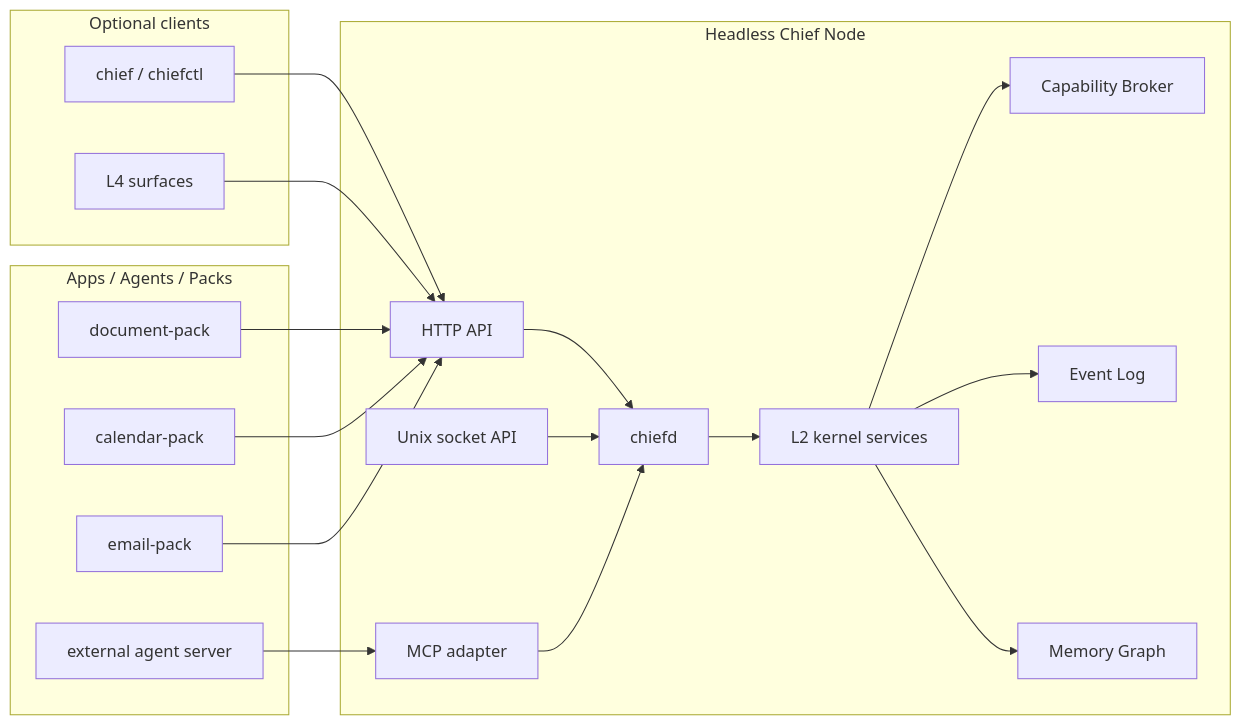
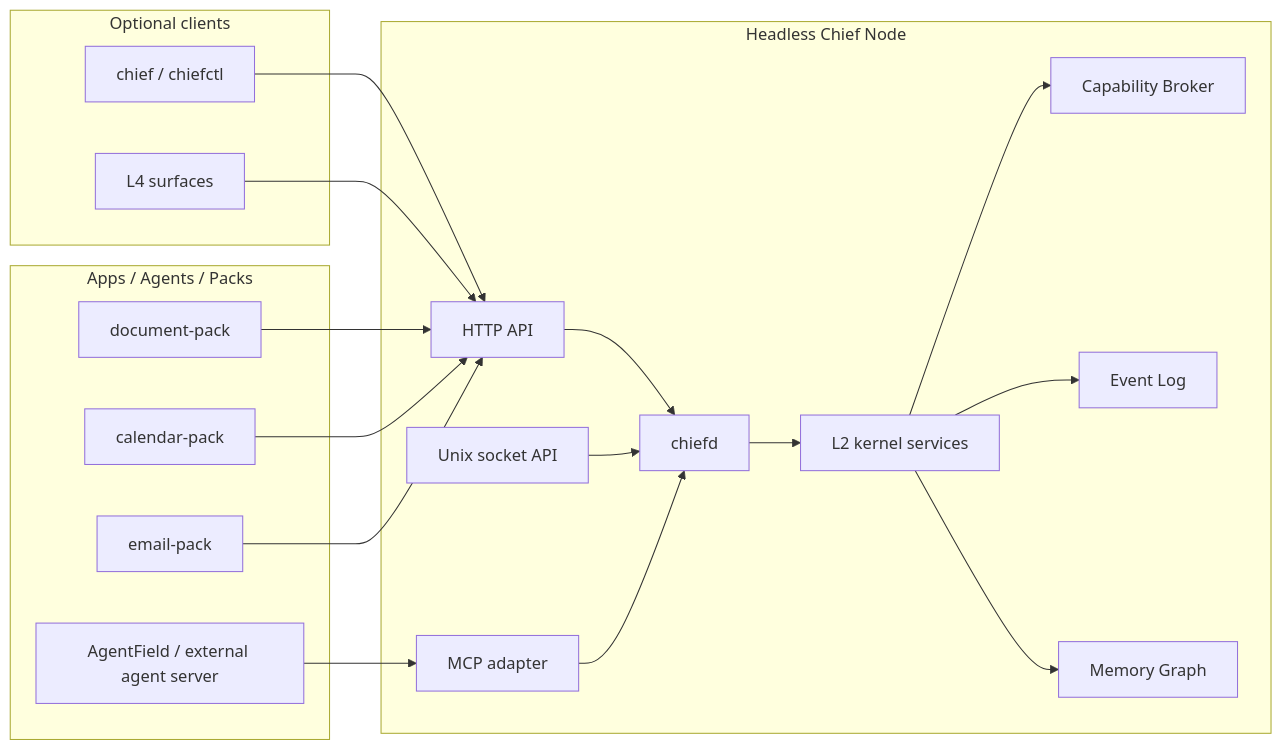
One commit to santoshkumarradha/ChiefOS changed the diagram in docs/19-headless-chief-node.md. Above: the diagram before and after it, drawn with Mermaid. The commit also changed other lines of this file and 5 other files, not shown here.

Commit message:
docs(architecture): clarify orchestration boundary

````diff
--- a/docs/19-headless-chief-node.md
+++ b/docs/19-headless-chief-node.md
@@ -123,39 +171,39 @@
 ```mermaid
 flowchart LR
     subgraph Apps["Apps / Agents / Packs"]
         A1[document-pack]
         A2[calendar-pack]
         A3[email-pack]
-        AS[external agent server]
+        AS[AgentField / external agent server]
     end
 
     subgraph Node["Headless Chief Node"]
         API[HTTP API]
         SOCK[Unix socket API]
         MCP[MCP adapter]
         D[chiefd]
         K[L2 kernel services]
         MEM[Memory Graph]
         LOG[Event Log]
         BROKER[Capability Broker]
     end
 
     subgraph Clients["Optional clients"]
         CLI[chief / chiefctl]
         UI[L4 surfaces]
     end
 
     A1 --> API
     A2 --> API
     A3 --> API
     AS --> MCP
     API --> D
     SOCK --> D
     MCP --> D
     CLI --> API
     UI --> API
     D --> K
     K --> MEM
     K --> LOG
     K --> BROKER
 ```
````
